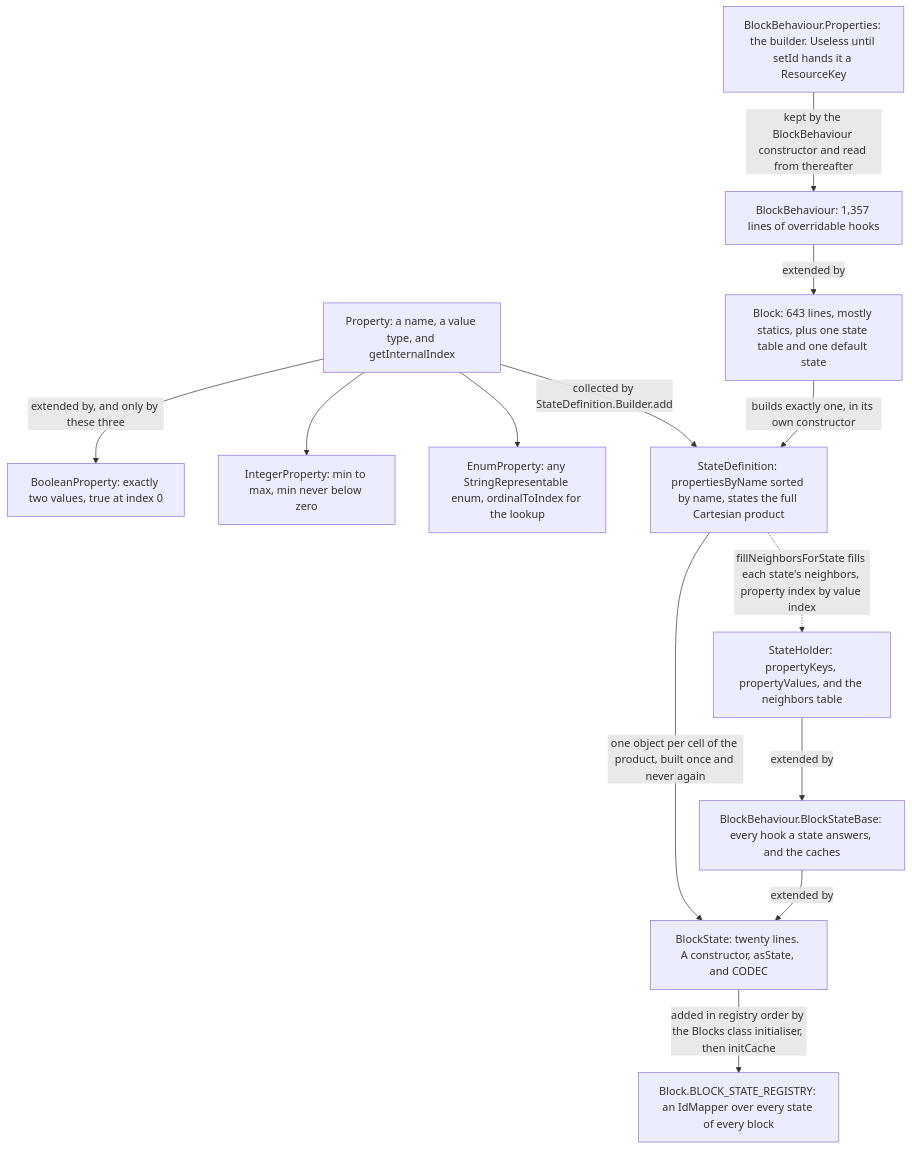
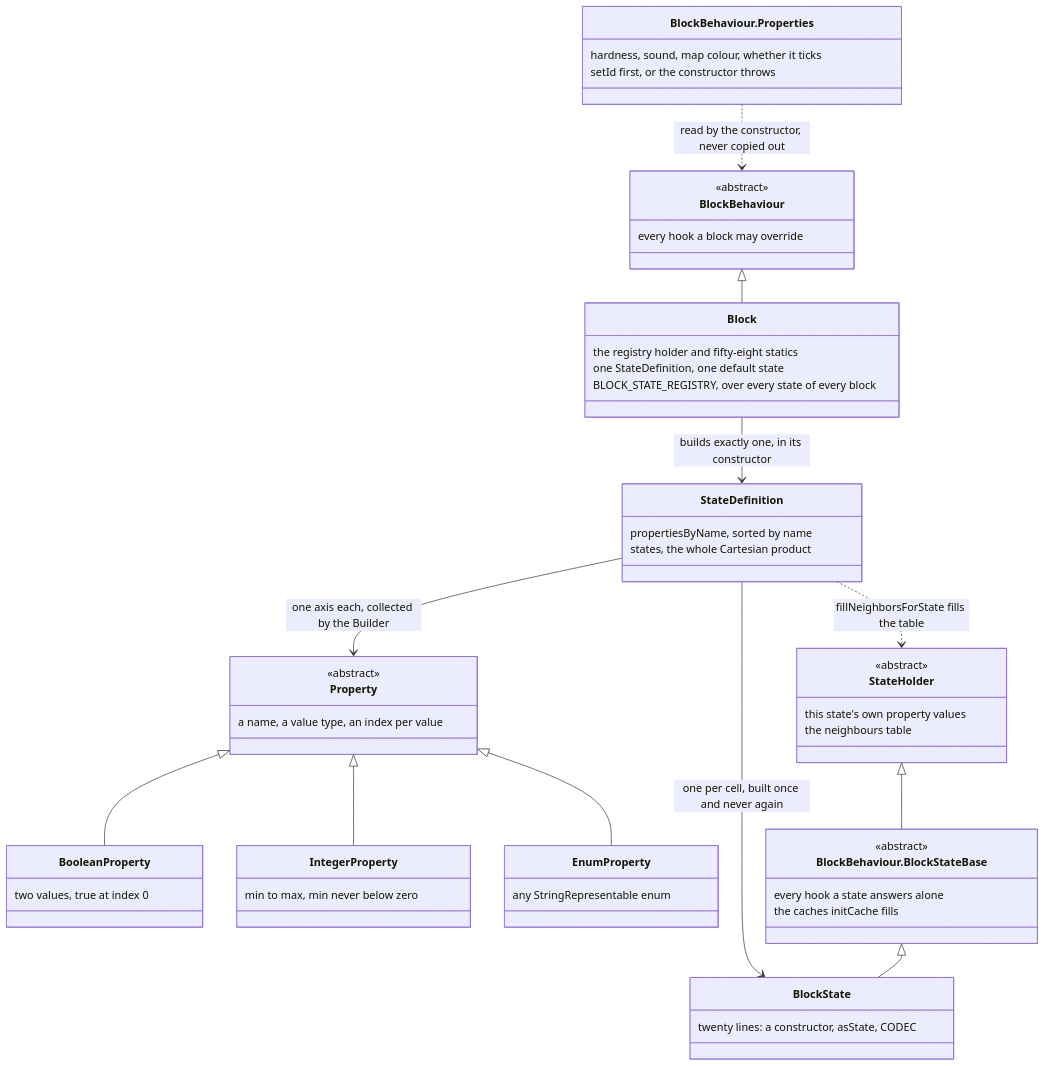
The first of 3 diagrams in src/systems/blocks/blocks-and-states.md (AlexanderjFraser/MinecraftDocs), drawn with Mermaid before and after one commit. The commit also changed other lines of this file and 12 other files, not shown here.

````diff
--- a/src/systems/blocks/blocks-and-states.md
+++ b/src/systems/blocks/blocks-and-states.md
@@ -43,28 +43,57 @@
 ```mermaid
-flowchart TB
-    PROPS["BlockBehaviour.Properties: the builder. Useless until setId hands it a ResourceKey"]
-    BB["BlockBehaviour: 1,357 lines of overridable hooks"]
-    BLOCK["Block: 643 lines, mostly statics, plus one state table and one default state"]
-    PROP["Property: a name, a value type, and getInternalIndex"]
-    BOOL["BooleanProperty: exactly two values, true at index 0"]
-    INT["IntegerProperty: min to max, min never below zero"]
-    ENUM["EnumProperty: any StringRepresentable enum, ordinalToIndex for the lookup"]
-    SD["StateDefinition: propertiesByName sorted by name, states the full Cartesian product"]
-    SH["StateHolder: propertyKeys, propertyValues, and the neighbors table"]
-    BSB["BlockBehaviour.BlockStateBase: every hook a state answers, and the caches"]
-    BS["BlockState: twenty lines. A constructor, asState, and CODEC"]
-    REG["Block.BLOCK_STATE_REGISTRY: an IdMapper over every state of every block"]
-
-    PROPS -- "kept by the BlockBehaviour constructor and read from thereafter" --> BB
-    BB -- "extended by" --> BLOCK
-    PROP -- "extended by, and only by these three" --> BOOL
-    PROP --> INT
-    PROP --> ENUM
-    PROP -- "collected by StateDefinition.Builder.add" --> SD
-    BLOCK -- "builds exactly one, in its own constructor" --> SD
-    SD -- "one object per cell of the product, built once and never again" --> BS
-    SH -- "extended by" --> BSB
-    BSB -- "extended by" --> BS
-    SD -. "fillNeighborsForState fills each state's neighbors, property index by value index" .-> SH
-    BS -- "added in registry order by the Blocks class initialiser, then initCache" --> REG
+classDiagram
+    class BlockBehaviour.Properties {
+        hardness, sound, map colour, whether it ticks
+        setId first, or the constructor throws
+    }
+    class BlockBehaviour {
+        <<abstract>>
+        every hook a block may override
+    }
+    class Block {
+        the registry holder and fifty-eight statics
+        one StateDefinition, one default state
+        BLOCK_STATE_REGISTRY, over every state of every block
+    }
+    class Property {
+        <<abstract>>
+        a name, a value type, an index per value
+    }
+    class BooleanProperty {
+        two values, true at index 0
+    }
+    class IntegerProperty {
+        min to max, min never below zero
+    }
+    class EnumProperty {
+        any StringRepresentable enum
+    }
+    class StateDefinition {
+        propertiesByName, sorted by name
+        states, the whole Cartesian product
+    }
+    class StateHolder {
+        <<abstract>>
+        this state's own property values
+        the neighbours table
+    }
+    class BlockBehaviour.BlockStateBase {
+        <<abstract>>
+        every hook a state answers alone
+        the caches initCache fills
+    }
+    class BlockState {
+        twenty lines: a constructor, asState, CODEC
+    }
+    BlockBehaviour.Properties ..> BlockBehaviour : read by the constructor, never copied out
+    BlockBehaviour <|-- Block
+    Property <|-- BooleanProperty
+    Property <|-- IntegerProperty
+    Property <|-- EnumProperty
+    Block --> StateDefinition : builds exactly one, in its constructor
+    StateDefinition --> Property : one axis each, collected by the Builder
+    StateDefinition --> BlockState : one per cell, built once and never again
+    StateHolder <|-- BlockBehaviour.BlockStateBase
+    BlockBehaviour.BlockStateBase <|-- BlockState
+    StateDefinition ..> StateHolder : fillNeighborsForState fills the table
 ```
````
